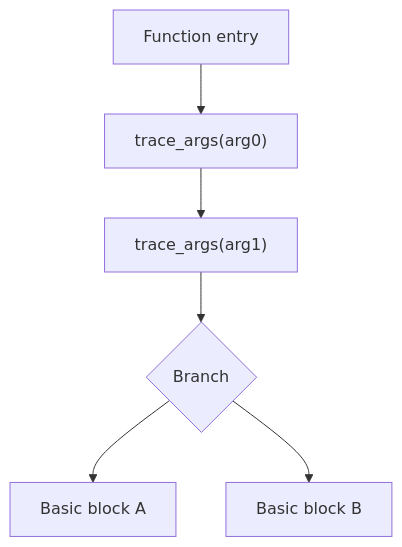
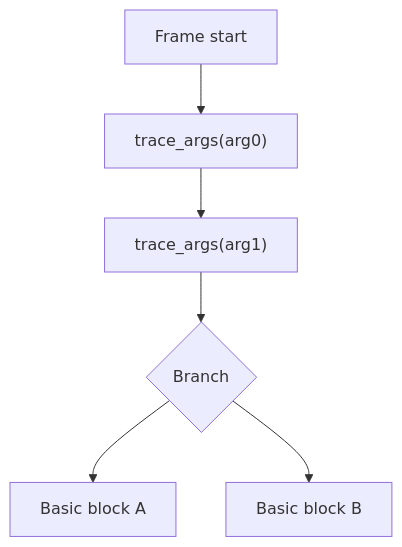
Before and after one commit to trace-args-ret/trace-args-ret.github.io: the tenth of 18 diagrams in README.md, drawn with Mermaid. The commit also changed other lines of this file and 14 other files, not shown here.

````diff
--- a/README.md
+++ b/README.md
@@ -272,8 +379,8 @@
 ```mermaid
 flowchart TD
-    A["Function entry"] --> B["trace_args(arg0)"]
+    A["Frame start"] --> B["trace_args(arg0)"]
     B --> C["trace_args(arg1)"]
     C --> D{"Branch"}
     D --> E["Basic block A"]
     D --> F["Basic block B"]
 ```
````
